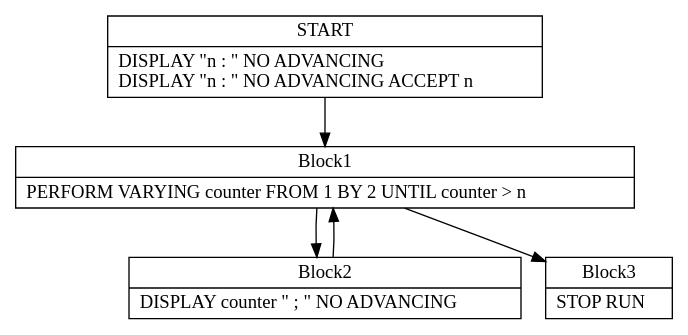
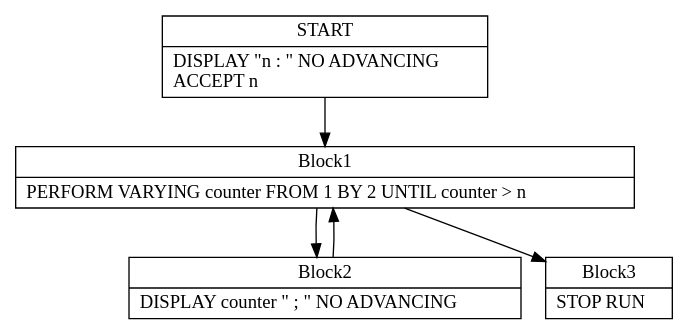
The diagram in TypeCobol.Analysis.Test/DotOutput/PerformVarying0.dot (TypeCobolTeam/TypeCobol), drawn with Graphviz before and after one commit. The commit also changed 7 other files, not shown here.

```diff
--- a/TypeCobol.Analysis.Test/DotOutput/PerformVarying0.dot
+++ b/TypeCobol.Analysis.Test/DotOutput/PerformVarying0.dot
@@ -1,26 +1,26 @@
 digraph Cfg {
 node [
 shape = "record"
 ]
 
 edge [
 arrowtail = "empty"
 ]
 Block0 [
-label = "{START|    DISPLAY \"n : \" NO ADVANCING\l    DISPLAY \"n : \" NO ADVANCING ACCEPT n\l}"
+label = "{START|    DISPLAY \"n : \" NO ADVANCING\l                                ACCEPT n\l}"
 ]
 Block1 [
 label = "{Block1|    PERFORM VARYING counter FROM 1 BY 2 UNTIL counter \> n\l}"
 ]
 Block2 [
 label = "{Block2|      DISPLAY counter \" ; \" NO ADVANCING\l}"
 ]
 Block3 [
 label = "{Block3|    STOP RUN\l}"
 ]
 Block0 -> Block1
 Block1 -> Block2
 Block1 -> Block3
 Block2 -> Block1
 
 }
```
